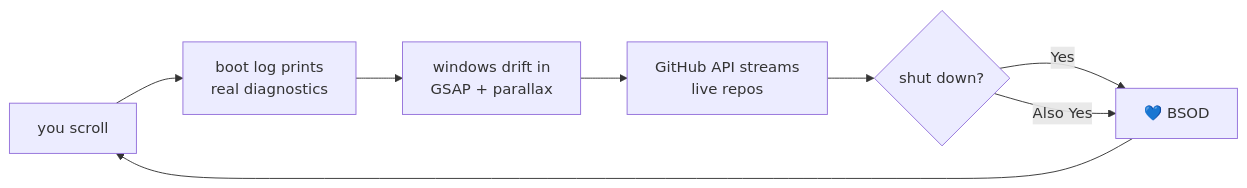
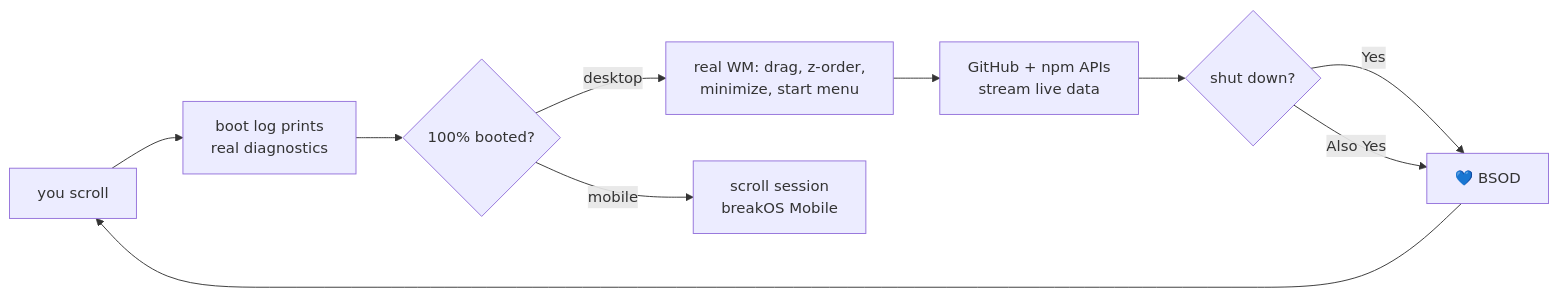
Before and after one commit to nitrimandylis/portfolio: the diagram in README.md, drawn with Mermaid. The commit also changed other lines of this file and 10 other files, not shown here.

Commit message:
breakOS v3: boot into a real desktop

````diff
--- a/README.md
+++ b/README.md
@@ -67,10 +72,12 @@
 ```mermaid
 flowchart LR
     A[you scroll] --> B[boot log prints<br/>real diagnostics]
-    B --> C[windows drift in<br/>GSAP + parallax]
-    C --> D[GitHub API streams<br/>live repos]
-    D --> E{shut down?}
-    E -->|Yes| F[💙 BSOD]
-    E -->|Also Yes| F
-    F --> A
+    B --> C{100% booted?}
+    C -->|desktop| D[real WM: drag, z-order,<br/>minimize, start menu]
+    C -->|mobile| E[scroll session<br/>breakOS Mobile]
+    D --> F[GitHub + npm APIs<br/>stream live data]
+    F --> G{shut down?}
+    G -->|Yes| H[💙 BSOD]
+    G -->|Also Yes| H
+    H --> A
 ```
````
